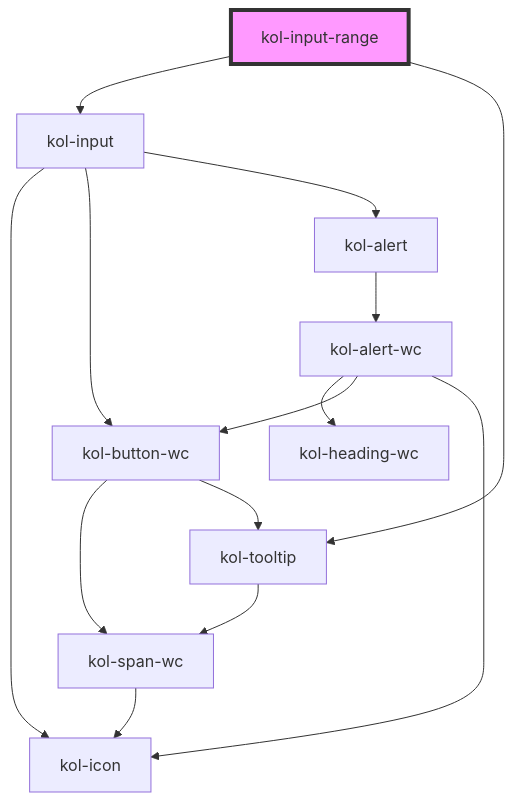
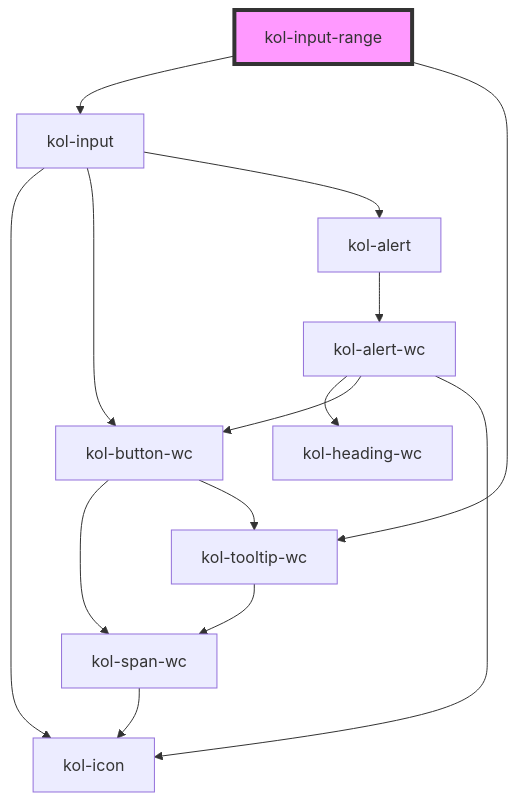
Before and after one commit to public-ui/kolibri: the diagram in packages/components/src/components/input-range/readme.md, drawn with Mermaid. The commit also changed other lines of this file and 99 other files, not shown here.

````diff
--- a/packages/components/src/components/input-range/readme.md
+++ b/packages/components/src/components/input-range/readme.md
@@ -88,17 +88,17 @@
 ```mermaid
 graph TD;
   kol-input-range --> kol-input
-  kol-input-range --> kol-tooltip
+  kol-input-range --> kol-tooltip-wc
   kol-input --> kol-icon
   kol-input --> kol-button-wc
   kol-input --> kol-alert
   kol-button-wc --> kol-span-wc
-  kol-button-wc --> kol-tooltip
+  kol-button-wc --> kol-tooltip-wc
   kol-span-wc --> kol-icon
-  kol-tooltip --> kol-span-wc
+  kol-tooltip-wc --> kol-span-wc
   kol-alert --> kol-alert-wc
   kol-alert-wc --> kol-heading-wc
   kol-alert-wc --> kol-button-wc
   kol-alert-wc --> kol-icon
   style kol-input-range fill:#f9f,stroke:#333,stroke-width:4px
 ```
````
